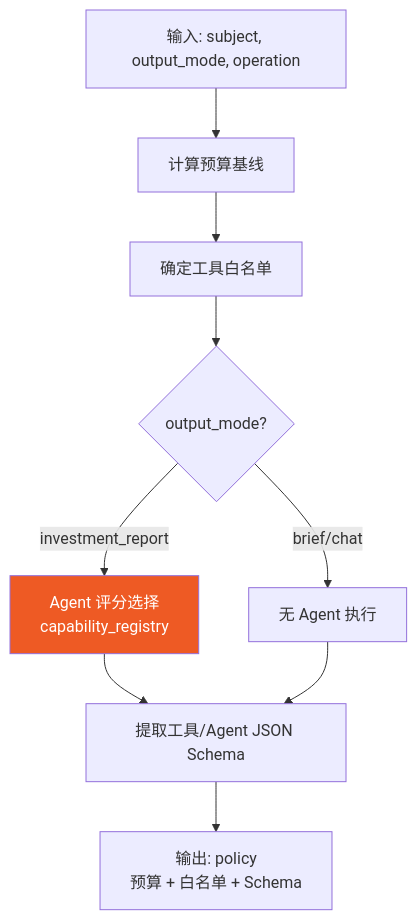
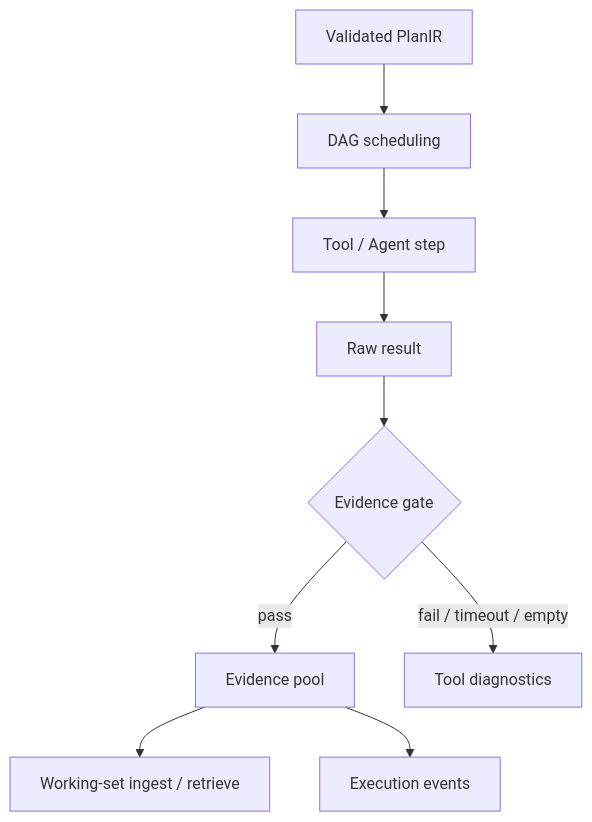
The second of 2 diagrams in docs/LANGGRAPH_PIPELINE_DEEP_DIVE.md (kkkano/FinSight), drawn with Mermaid before and after one commit. The commit also changed other lines of this file and 70 other files, not shown here.

Commit message:
docs: align architecture and archive superseded material

````diff
--- a/docs/LANGGRAPH_PIPELINE_DEEP_DIVE.md
+++ b/docs/LANGGRAPH_PIPELINE_DEEP_DIVE.md
@@ -425,15 +39,11 @@
 ```mermaid
 flowchart TD
-    IN[输入: subject, output_mode, operation] --> BUDGET[计算预算基线]
-    BUDGET --> TOOLS[确定工具白名单]
-    TOOLS --> MODE{output_mode?}
-
-    MODE -->|investment_report| AGENT_SELECT[Agent 评分选择<br/>capability_registry]
-    MODE -->|brief/chat| NO_AGENT[无 Agent 执行]
-
-    AGENT_SELECT --> SCHEMA[提取工具/Agent JSON Schema]
-    NO_AGENT --> SCHEMA
-    SCHEMA --> OUT[输出: policy<br/>预算 + 白名单 + Schema]
-
-    style AGENT_SELECT fill:#ee5a24,color:#fff
+    PLAN[Validated PlanIR] --> DAG[DAG scheduling]
+    DAG --> STEP[Tool / Agent step]
+    STEP --> RESULT[Raw result]
+    RESULT --> GATE{Evidence gate}
+    GATE -->|pass| EVIDENCE[Evidence pool]
+    GATE -->|fail / timeout / empty| DIAG[Tool diagnostics]
+    EVIDENCE --> RAG[Working-set ingest / retrieve]
+    EVIDENCE --> EVENTS[Execution events]
 ```
````
